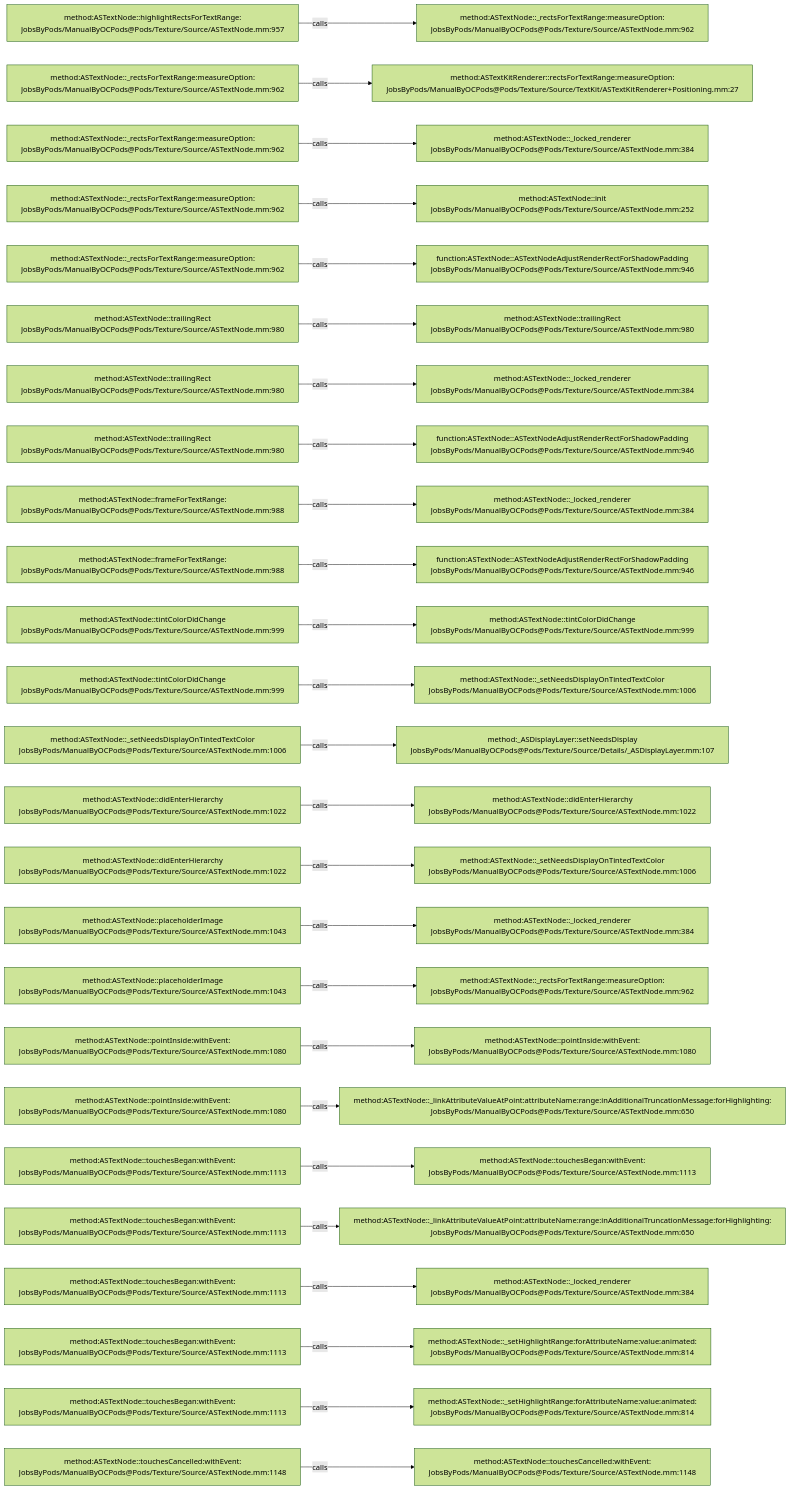
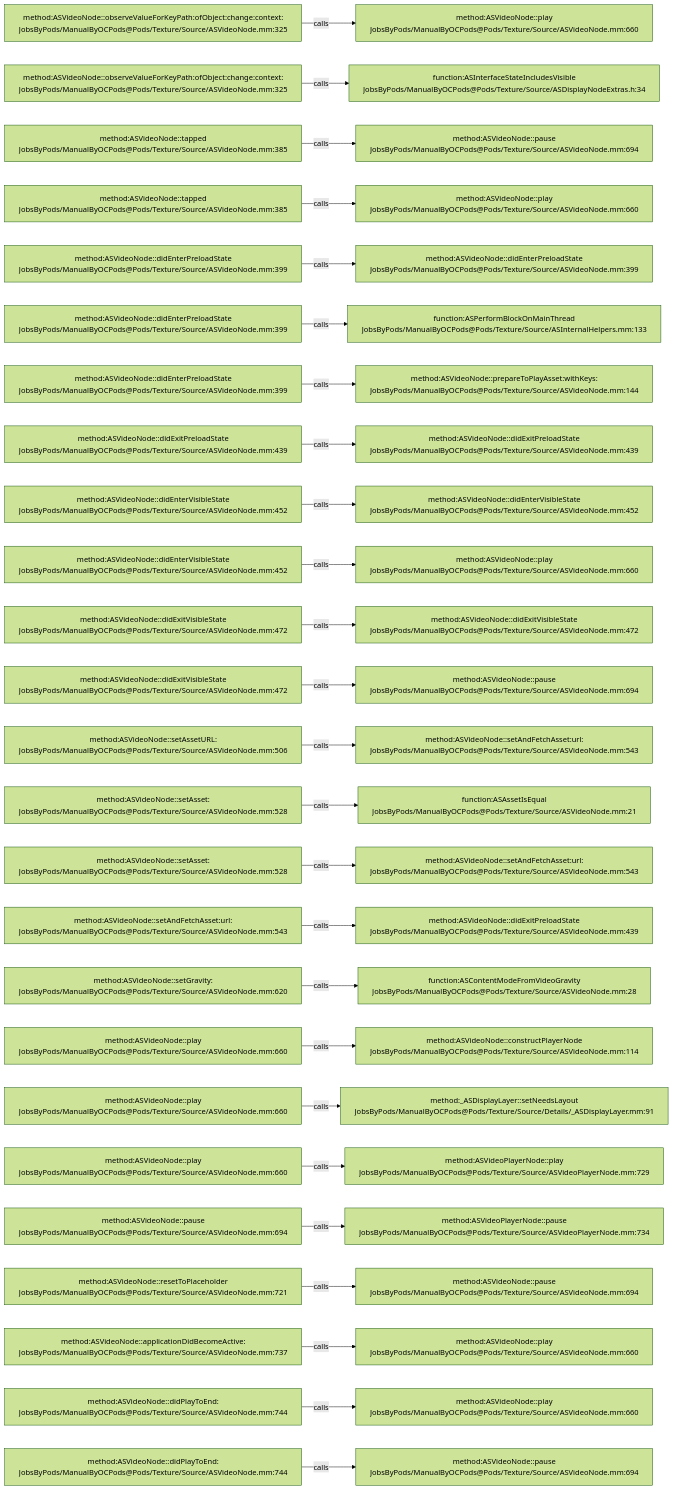
One commit to JobsKits/JobsOCBaseConfigDemo changed the diagram in .codegraph/codegraph.md/graphs/calls-128.md. Above: the diagram before and after it, drawn with Mermaid (forest theme). The commit also changed 2723 other files, not shown here.

````diff
--- a/.codegraph/codegraph.md/graphs/calls-128.md
+++ b/.codegraph/codegraph.md/graphs/calls-128.md
@@ -13,78 +13,78 @@
 ```mermaid
 flowchart LR
-  S1["method:ASTextNode::highlightRectsForTextRange:<br/>JobsByPods/ManualByOCPods@Pods/Texture/Source/ASTextNode.mm:957"]
-  T1["method:ASTextNode::_rectsForTextRange:measureOption:<br/>JobsByPods/ManualByOCPods@Pods/Texture/Source/ASTextNode.mm:962"]
+  S1["method:ASVideoNode::observeValueForKeyPath:ofObject:change:context:<br/>JobsByPods/ManualByOCPods@Pods/Texture/Source/ASVideoNode.mm:325"]
+  T1["method:ASVideoNode::play<br/>JobsByPods/ManualByOCPods@Pods/Texture/Source/ASVideoNode.mm:660"]
   S1 -->|calls| T1
-  S2["method:ASTextNode::_rectsForTextRange:measureOption:<br/>JobsByPods/ManualByOCPods@Pods/Texture/Source/ASTextNode.mm:962"]
-  T2["method:ASTextKitRenderer::rectsForTextRange:measureOption:<br/>JobsByPods/ManualByOCPods@Pods/Texture/Source/TextKit/ASTextKitRenderer+Positioning.mm:27"]
+  S2["method:ASVideoNode::observeValueForKeyPath:ofObject:change:context:<br/>JobsByPods/ManualByOCPods@Pods/Texture/Source/ASVideoNode.mm:325"]
+  T2["function:ASInterfaceStateIncludesVisible<br/>JobsByPods/ManualByOCPods@Pods/Texture/Source/ASDisplayNodeExtras.h:34"]
   S2 -->|calls| T2
-  S3["method:ASTextNode::_rectsForTextRange:measureOption:<br/>JobsByPods/ManualByOCPods@Pods/Texture/Source/ASTextNode.mm:962"]
-  T3["method:ASTextNode::_locked_renderer<br/>JobsByPods/ManualByOCPods@Pods/Texture/Source/ASTextNode.mm:384"]
+  S3["method:ASVideoNode::tapped<br/>JobsByPods/ManualByOCPods@Pods/Texture/Source/ASVideoNode.mm:385"]
+  T3["method:ASVideoNode::pause<br/>JobsByPods/ManualByOCPods@Pods/Texture/Source/ASVideoNode.mm:694"]
   S3 -->|calls| T3
-  S4["method:ASTextNode::_rectsForTextRange:measureOption:<br/>JobsByPods/ManualByOCPods@Pods/Texture/Source/ASTextNode.mm:962"]
-  T4["method:ASTextNode::init<br/>JobsByPods/ManualByOCPods@Pods/Texture/Source/ASTextNode.mm:252"]
+  S4["method:ASVideoNode::tapped<br/>JobsByPods/ManualByOCPods@Pods/Texture/Source/ASVideoNode.mm:385"]
+  T4["method:ASVideoNode::play<br/>JobsByPods/ManualByOCPods@Pods/Texture/Source/ASVideoNode.mm:660"]
   S4 -->|calls| T4
-  S5["method:ASTextNode::_rectsForTextRange:measureOption:<br/>JobsByPods/ManualByOCPods@Pods/Texture/Source/ASTextNode.mm:962"]
-  T5["function:ASTextNode::ASTextNodeAdjustRenderRectForShadowPadding<br/>JobsByPods/ManualByOCPods@Pods/Texture/Source/ASTextNode.mm:946"]
+  S5["method:ASVideoNode::didEnterPreloadState<br/>JobsByPods/ManualByOCPods@Pods/Texture/Source/ASVideoNode.mm:399"]
+  T5["method:ASVideoNode::didEnterPreloadState<br/>JobsByPods/ManualByOCPods@Pods/Texture/Source/ASVideoNode.mm:399"]
   S5 -->|calls| T5
-  S6["method:ASTextNode::trailingRect<br/>JobsByPods/ManualByOCPods@Pods/Texture/Source/ASTextNode.mm:980"]
-  T6["method:ASTextNode::trailingRect<br/>JobsByPods/ManualByOCPods@Pods/Texture/Source/ASTextNode.mm:980"]
+  S6["method:ASVideoNode::didEnterPreloadState<br/>JobsByPods/ManualByOCPods@Pods/Texture/Source/ASVideoNode.mm:399"]
+  T6["function:ASPerformBlockOnMainThread<br/>JobsByPods/ManualByOCPods@Pods/Texture/Source/ASInternalHelpers.mm:133"]
   S6 -->|calls| T6
-  S7["method:ASTextNode::trailingRect<br/>JobsByPods/ManualByOCPods@Pods/Texture/Source/ASTextNode.mm:980"]
-  T7["method:ASTextNode::_locked_renderer<br/>JobsByPods/ManualByOCPods@Pods/Texture/Source/ASTextNode.mm:384"]
+  S7["method:ASVideoNode::didEnterPreloadState<br/>JobsByPods/ManualByOCPods@Pods/Texture/Source/ASVideoNode.mm:399"]
+  T7["method:ASVideoNode::prepareToPlayAsset:withKeys:<br/>JobsByPods/ManualByOCPods@Pods/Texture/Source/ASVideoNode.mm:144"]
   S7 -->|calls| T7
-  S8["method:ASTextNode::trailingRect<br/>JobsByPods/ManualByOCPods@Pods/Texture/Source/ASTextNode.mm:980"]
-  T8["function:ASTextNode::ASTextNodeAdjustRenderRectForShadowPadding<br/>JobsByPods/ManualByOCPods@Pods/Texture/Source/ASTextNode.mm:946"]
+  S8["method:ASVideoNode::didExitPreloadState<br/>JobsByPods/ManualByOCPods@Pods/Texture/Source/ASVideoNode.mm:439"]
+  T8["method:ASVideoNode::didExitPreloadState<br/>JobsByPods/ManualByOCPods@Pods/Texture/Source/ASVideoNode.mm:439"]
   S8 -->|calls| T8
-  S9["method:ASTextNode::frameForTextRange:<br/>JobsByPods/ManualByOCPods@Pods/Texture/Source/ASTextNode.mm:988"]
-  T9["method:ASTextNode::_locked_renderer<br/>JobsByPods/ManualByOCPods@Pods/Texture/Source/ASTextNode.mm:384"]
+  S9["method:ASVideoNode::didEnterVisibleState<br/>JobsByPods/ManualByOCPods@Pods/Texture/Source/ASVideoNode.mm:452"]
+  T9["method:ASVideoNode::didEnterVisibleState<br/>JobsByPods/ManualByOCPods@Pods/Texture/Source/ASVideoNode.mm:452"]
   S9 -->|calls| T9
-  S10["method:ASTextNode::frameForTextRange:<br/>JobsByPods/ManualByOCPods@Pods/Texture/Source/ASTextNode.mm:988"]
-  T10["function:ASTextNode::ASTextNodeAdjustRenderRectForShadowPadding<br/>JobsByPods/ManualByOCPods@Pods/Texture/Source/ASTextNode.mm:946"]
+  S10["method:ASVideoNode::didEnterVisibleState<br/>JobsByPods/ManualByOCPods@Pods/Texture/Source/ASVideoNode.mm:452"]
+  T10["method:ASVideoNode::play<br/>JobsByPods/ManualByOCPods@Pods/Texture/Source/ASVideoNode.mm:660"]
   S10 -->|calls| T10
-  S11["method:ASTextNode::tintColorDidChange<br/>JobsByPods/ManualByOCPods@Pods/Texture/Source/ASTextNode.mm:999"]
-  T11["method:ASTextNode::tintColorDidChange<br/>JobsByPods/ManualByOCPods@Pods/Texture/Source/ASTextNode.mm:999"]
+  S11["method:ASVideoNode::didExitVisibleState<br/>JobsByPods/ManualByOCPods@Pods/Texture/Source/ASVideoNode.mm:472"]
+  T11["method:ASVideoNode::didExitVisibleState<br/>JobsByPods/ManualByOCPods@Pods/Texture/Source/ASVideoNode.mm:472"]
   S11 -->|calls| T11
-  S12["method:ASTextNode::tintColorDidChange<br/>JobsByPods/ManualByOCPods@Pods/Texture/Source/ASTextNode.mm:999"]
-  T12["method:ASTextNode::_setNeedsDisplayOnTintedTextColor<br/>JobsByPods/ManualByOCPods@Pods/Texture/Source/ASTextNode.mm:1006"]
+  S12["method:ASVideoNode::didExitVisibleState<br/>JobsByPods/ManualByOCPods@Pods/Texture/Source/ASVideoNode.mm:472"]
+  T12["method:ASVideoNode::pause<br/>JobsByPods/ManualByOCPods@Pods/Texture/Source/ASVideoNode.mm:694"]
   S12 -->|calls| T12
-  S13["method:ASTextNode::_setNeedsDisplayOnTintedTextColor<br/>JobsByPods/ManualByOCPods@Pods/Texture/Source/ASTextNode.mm:1006"]
-  T13["method:_ASDisplayLayer::setNeedsDisplay<br/>JobsByPods/ManualByOCPods@Pods/Texture/Source/Details/_ASDisplayLayer.mm:107"]
+  S13["method:ASVideoNode::setAssetURL:<br/>JobsByPods/ManualByOCPods@Pods/Texture/Source/ASVideoNode.mm:506"]
+  T13["method:ASVideoNode::setAndFetchAsset:url:<br/>JobsByPods/ManualByOCPods@Pods/Texture/Source/ASVideoNode.mm:543"]
   S13 -->|calls| T13
-  S14["method:ASTextNode::didEnterHierarchy<br/>JobsByPods/ManualByOCPods@Pods/Texture/Source/ASTextNode.mm:1022"]
-  T14["method:ASTextNode::didEnterHierarchy<br/>JobsByPods/ManualByOCPods@Pods/Texture/Source/ASTextNode.mm:1022"]
+  S14["method:ASVideoNode::setAsset:<br/>JobsByPods/ManualByOCPods@Pods/Texture/Source/ASVideoNode.mm:528"]
+  T14["function:ASAssetIsEqual<br/>JobsByPods/ManualByOCPods@Pods/Texture/Source/ASVideoNode.mm:21"]
   S14 -->|calls| T14
-  S15["method:ASTextNode::didEnterHierarchy<br/>JobsByPods/ManualByOCPods@Pods/Texture/Source/ASTextNode.mm:1022"]
-  T15["method:ASTextNode::_setNeedsDisplayOnTintedTextColor<br/>JobsByPods/ManualByOCPods@Pods/Texture/Source/ASTextNode.mm:1006"]
+  S15["method:ASVideoNode::setAsset:<br/>JobsByPods/ManualByOCPods@Pods/Texture/Source/ASVideoNode.mm:528"]
+  T15["method:ASVideoNode::setAndFetchAsset:url:<br/>JobsByPods/ManualByOCPods@Pods/Texture/Source/ASVideoNode.mm:543"]
   S15 -->|calls| T15
-  S16["method:ASTextNode::placeholderImage<br/>JobsByPods/ManualByOCPods@Pods/Texture/Source/ASTextNode.mm:1043"]
-  T16["method:ASTextNode::_locked_renderer<br/>JobsByPods/ManualByOCPods@Pods/Texture/Source/ASTextNode.mm:384"]
+  S16["method:ASVideoNode::setAndFetchAsset:url:<br/>JobsByPods/ManualByOCPods@Pods/Texture/Source/ASVideoNode.mm:543"]
+  T16["method:ASVideoNode::didExitPreloadState<br/>JobsByPods/ManualByOCPods@Pods/Texture/Source/ASVideoNode.mm:439"]
   S16 -->|calls| T16
-  S17["method:ASTextNode::placeholderImage<br/>JobsByPods/ManualByOCPods@Pods/Texture/Source/ASTextNode.mm:1043"]
-  T17["method:ASTextNode::_rectsForTextRange:measureOption:<br/>JobsByPods/ManualByOCPods@Pods/Texture/Source/ASTextNode.mm:962"]
+  S17["method:ASVideoNode::setGravity:<br/>JobsByPods/ManualByOCPods@Pods/Texture/Source/ASVideoNode.mm:620"]
+  T17["function:ASContentModeFromVideoGravity<br/>JobsByPods/ManualByOCPods@Pods/Texture/Source/ASVideoNode.mm:28"]
   S17 -->|calls| T17
-  S18["method:ASTextNode::pointInside:withEvent:<br/>JobsByPods/ManualByOCPods@Pods/Texture/Source/ASTextNode.mm:1080"]
-  T18["method:ASTextNode::pointInside:withEvent:<br/>JobsByPods/ManualByOCPods@Pods/Texture/Source/ASTextNode.mm:1080"]
+  S18["method:ASVideoNode::play<br/>JobsByPods/ManualByOCPods@Pods/Texture/Source/ASVideoNode.mm:660"]
+  T18["method:ASVideoNode::constructPlayerNode<br/>JobsByPods/ManualByOCPods@Pods/Texture/Source/ASVideoNode.mm:114"]
   S18 -->|calls| T18
-  S19["method:ASTextNode::pointInside:withEvent:<br/>JobsByPods/ManualByOCPods@Pods/Texture/Source/ASTextNode.mm:1080"]
-  T19["method:ASTextNode::_linkAttributeValueAtPoint:attributeName:range:inAdditionalTruncationMessage:forHighlighting:<br/>JobsByPods/ManualByOCPods@Pods/Texture/Source/ASTextNode.mm:650"]
+  S19["method:ASVideoNode::play<br/>JobsByPods/ManualByOCPods@Pods/Texture/Source/ASVideoNode.mm:660"]
+  T19["method:_ASDisplayLayer::setNeedsLayout<br/>JobsByPods/ManualByOCPods@Pods/Texture/Source/Details/_ASDisplayLayer.mm:91"]
   S19 -->|calls| T19
-  S20["method:ASTextNode::touchesBegan:withEvent:<br/>JobsByPods/ManualByOCPods@Pods/Texture/Source/ASTextNode.mm:1113"]
-  T20["method:ASTextNode::touchesBegan:withEvent:<br/>JobsByPods/ManualByOCPods@Pods/Texture/Source/ASTextNode.mm:1113"]
+  S20["method:ASVideoNode::play<br/>JobsByPods/ManualByOCPods@Pods/Texture/Source/ASVideoNode.mm:660"]
+  T20["method:ASVideoPlayerNode::play<br/>JobsByPods/ManualByOCPods@Pods/Texture/Source/ASVideoPlayerNode.mm:729"]
   S20 -->|calls| T20
-  S21["method:ASTextNode::touchesBegan:withEvent:<br/>JobsByPods/ManualByOCPods@Pods/Texture/Source/ASTextNode.mm:1113"]
-  T21["method:ASTextNode::_linkAttributeValueAtPoint:attributeName:range:inAdditionalTruncationMessage:forHighlighting:<br/>JobsByPods/ManualByOCPods@Pods/Texture/Source/ASTextNode.mm:650"]
+  S21["method:ASVideoNode::pause<br/>JobsByPods/ManualByOCPods@Pods/Texture/Source/ASVideoNode.mm:694"]
+  T21["method:ASVideoPlayerNode::pause<br/>JobsByPods/ManualByOCPods@Pods/Texture/Source/ASVideoPlayerNode.mm:734"]
   S21 -->|calls| T21
-  S22["method:ASTextNode::touchesBegan:withEvent:<br/>JobsByPods/ManualByOCPods@Pods/Texture/Source/ASTextNode.mm:1113"]
-  T22["method:ASTextNode::_locked_renderer<br/>JobsByPods/ManualByOCPods@Pods/Texture/Source/ASTextNode.mm:384"]
+  S22["method:ASVideoNode::resetToPlaceholder<br/>JobsByPods/ManualByOCPods@Pods/Texture/Source/ASVideoNode.mm:721"]
+  T22["method:ASVideoNode::pause<br/>JobsByPods/ManualByOCPods@Pods/Texture/Source/ASVideoNode.mm:694"]
   S22 -->|calls| T22
-  S23["method:ASTextNode::touchesBegan:withEvent:<br/>JobsByPods/ManualByOCPods@Pods/Texture/Source/ASTextNode.mm:1113"]
-  T23["method:ASTextNode::_setHighlightRange:forAttributeName:value:animated:<br/>JobsByPods/ManualByOCPods@Pods/Texture/Source/ASTextNode.mm:814"]
+  S23["method:ASVideoNode::applicationDidBecomeActive:<br/>JobsByPods/ManualByOCPods@Pods/Texture/Source/ASVideoNode.mm:737"]
+  T23["method:ASVideoNode::play<br/>JobsByPods/ManualByOCPods@Pods/Texture/Source/ASVideoNode.mm:660"]
   S23 -->|calls| T23
-  S24["method:ASTextNode::touchesBegan:withEvent:<br/>JobsByPods/ManualByOCPods@Pods/Texture/Source/ASTextNode.mm:1113"]
-  T24["method:ASTextNode::_setHighlightRange:forAttributeName:value:animated:<br/>JobsByPods/ManualByOCPods@Pods/Texture/Source/ASTextNode.mm:814"]
+  S24["method:ASVideoNode::didPlayToEnd:<br/>JobsByPods/ManualByOCPods@Pods/Texture/Source/ASVideoNode.mm:744"]
+  T24["method:ASVideoNode::play<br/>JobsByPods/ManualByOCPods@Pods/Texture/Source/ASVideoNode.mm:660"]
   S24 -->|calls| T24
-  S25["method:ASTextNode::touchesCancelled:withEvent:<br/>JobsByPods/ManualByOCPods@Pods/Texture/Source/ASTextNode.mm:1148"]
-  T25["method:ASTextNode::touchesCancelled:withEvent:<br/>JobsByPods/ManualByOCPods@Pods/Texture/Source/ASTextNode.mm:1148"]
+  S25["method:ASVideoNode::didPlayToEnd:<br/>JobsByPods/ManualByOCPods@Pods/Texture/Source/ASVideoNode.mm:744"]
+  T25["method:ASVideoNode::pause<br/>JobsByPods/ManualByOCPods@Pods/Texture/Source/ASVideoNode.mm:694"]
   S25 -->|calls| T25
 ```
````
